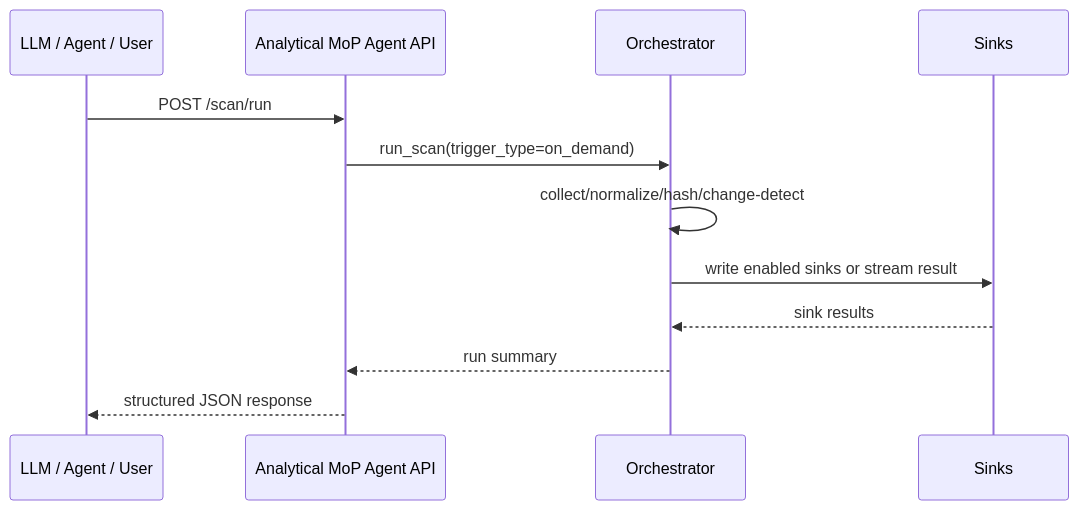
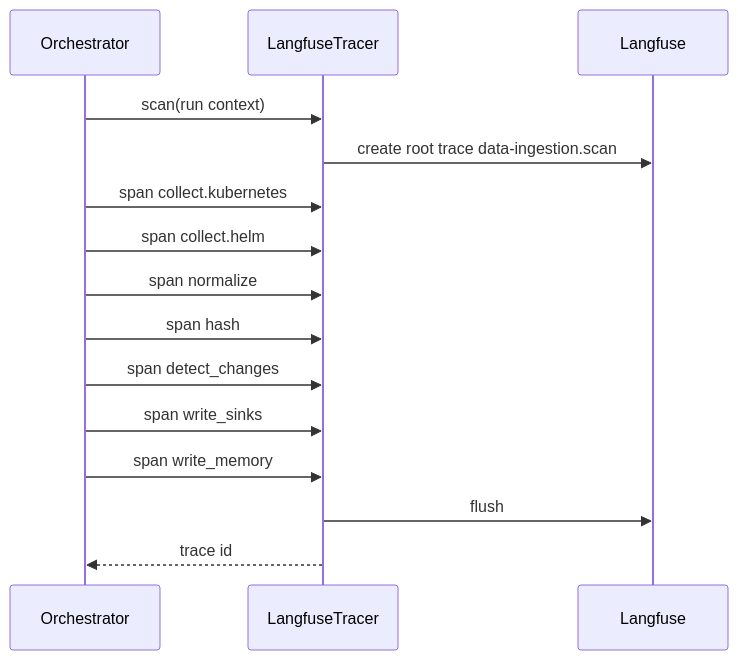
One commit to aveeshek/bosgenesis-k8s-data-ingestion-agent changed the eighth of 10 diagrams in docs/04_ALGORITHM_ANALYTICAL_MOP_AGENT.md. Above: the diagram before and after it, drawn with Mermaid. The commit also changed other lines of this file and 4 other files, not shown here.

````diff
--- a/docs/04_ALGORITHM_ANALYTICAL_MOP_AGENT.md
+++ b/docs/04_ALGORITHM_ANALYTICAL_MOP_AGENT.md
@@ -390,15 +171,18 @@
 ```mermaid
 sequenceDiagram
-    participant Caller as LLM / Agent / User
-    participant API as Analytical MoP Agent API
-    participant OR as Orchestrator
-    participant S as Sinks
+    participant O as Orchestrator
+    participant T as LangfuseTracer
+    participant L as Langfuse
 
-    Caller->>API: POST /scan/run
-    API->>OR: run_scan(trigger_type=on_demand)
-    OR->>OR: collect/normalize/hash/change-detect
-    OR->>S: write enabled sinks or stream result
-    S-->>OR: sink results
-    OR-->>API: run summary
-    API-->>Caller: structured JSON response
+    O->>T: scan(run context)
+    T->>L: create root trace data-ingestion.scan
+    O->>T: span collect.kubernetes
+    O->>T: span collect.helm
+    O->>T: span normalize
+    O->>T: span hash
+    O->>T: span detect_changes
+    O->>T: span write_sinks
+    O->>T: span write_memory
+    T->>L: flush
+    T-->>O: trace id
 ```
````
